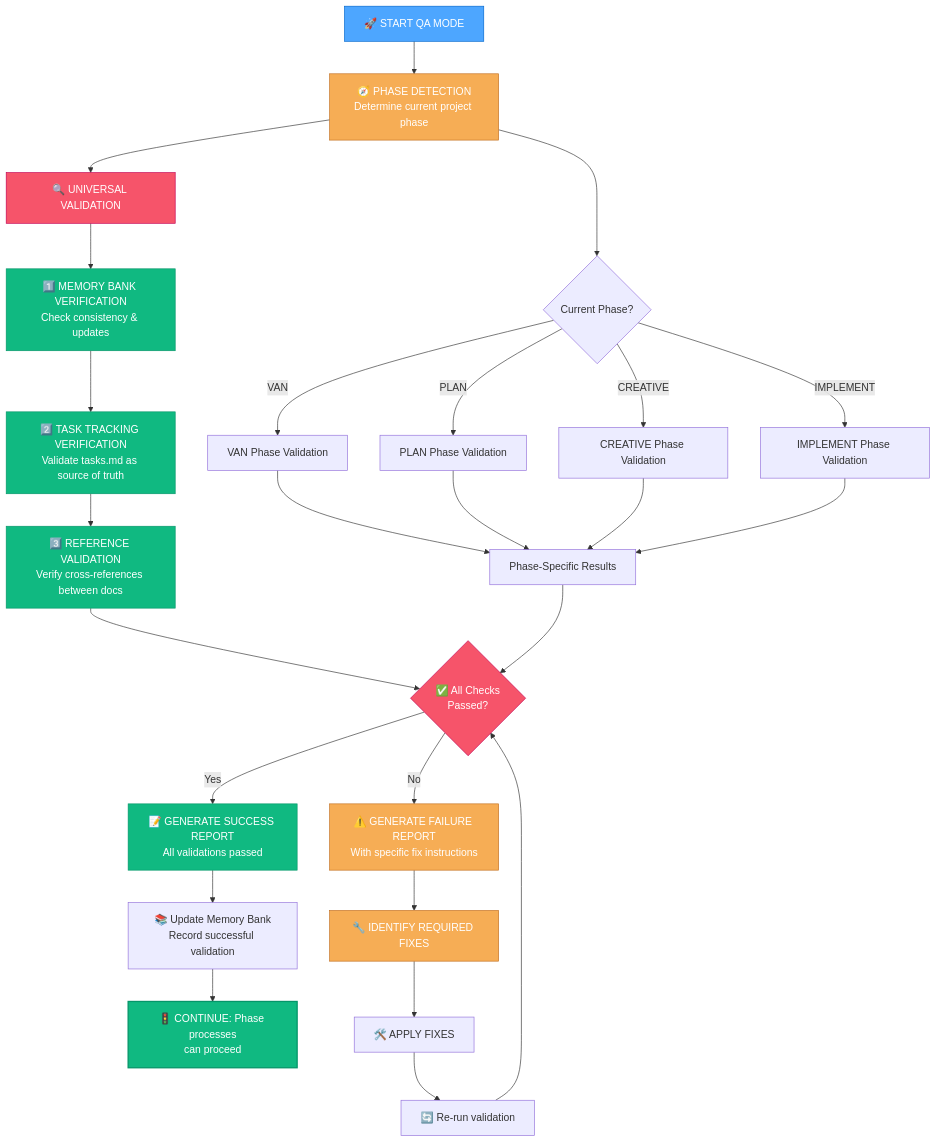
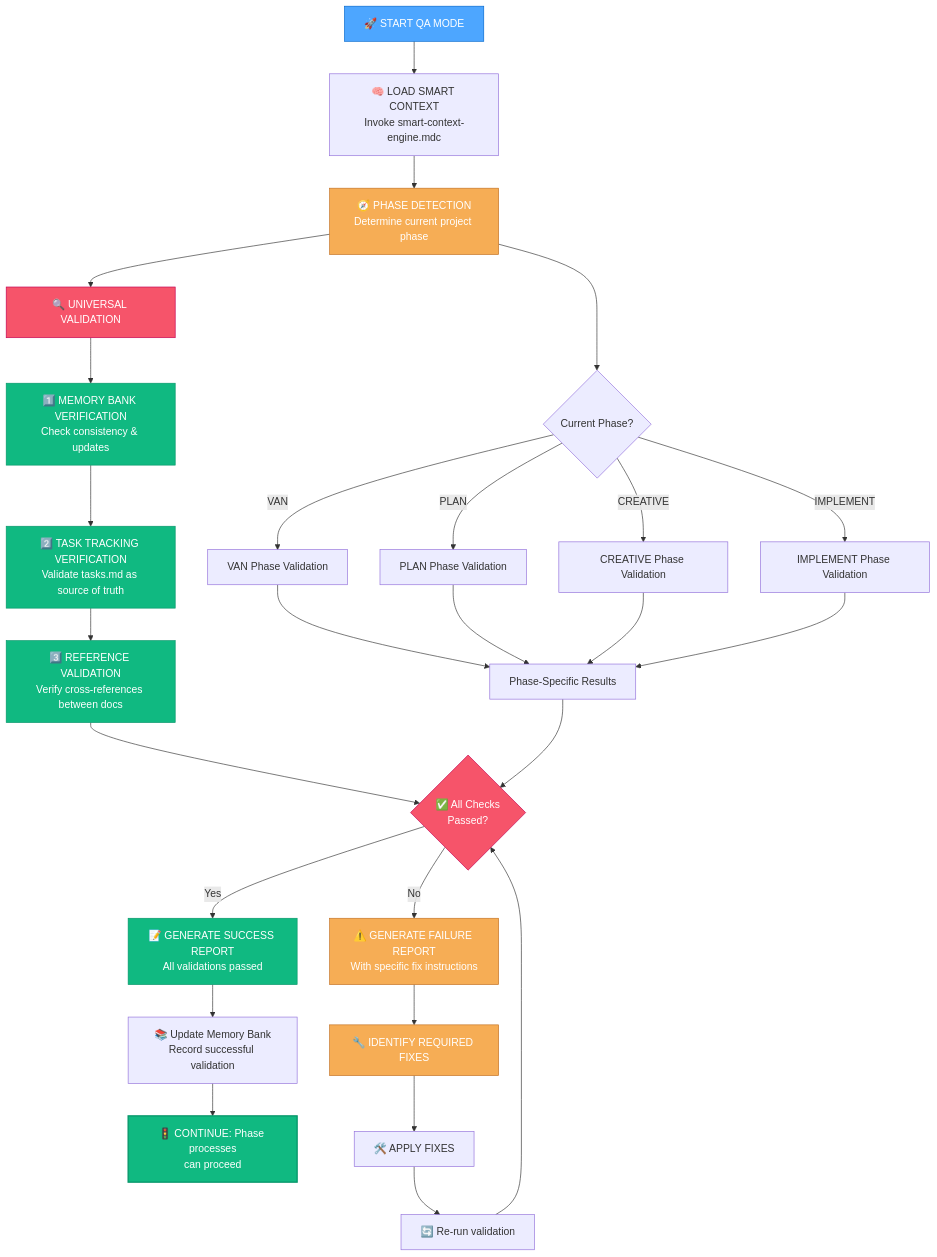
The first of 10 diagrams in .cursor/rules/isolation_rules/visual-maps/qa-mode-map.mdc (joshmac007/fbo-launchpad-backend), drawn with Mermaid before and after one commit. The commit also changed 986 other files, not shown here.

````diff
--- a/.cursor/rules/isolation_rules/visual-maps/qa-mode-map.mdc
+++ b/.cursor/rules/isolation_rules/visual-maps/qa-mode-map.mdc
@@ -12,48 +12,49 @@
 ```mermaid
 graph TD
-    Start["🚀 START QA MODE"] --> DetectPhase["🧭 PHASE DETECTION<br>Determine current project phase"]
+    Start["🚀 START QA MODE"] --> SmartContextLoad["🧠 LOAD SMART CONTEXT<br>Invoke smart-context-engine.mdc"]
+    SmartContextLoad --> DetectPhase["🧭 PHASE DETECTION<br>Determine current project phase"]
     
     %% Phase detection decision path
     DetectPhase --> PhaseDetermination{"Current Phase?"}
     PhaseDetermination -->|"VAN"| VANChecks["VAN Phase Validation"]
     PhaseDetermination -->|"PLAN"| PLANChecks["PLAN Phase Validation"]
     PhaseDetermination -->|"CREATIVE"| CREATIVEChecks["CREATIVE Phase Validation"] 
     PhaseDetermination -->|"IMPLEMENT"| IMPLEMENTChecks["IMPLEMENT Phase Validation"]
     
     %% Universal checks that apply to all phases
     DetectPhase --> UniversalChecks["🔍 UNIVERSAL VALIDATION"]
     UniversalChecks --> MemoryBankCheck["1️⃣ MEMORY BANK VERIFICATION<br>Check consistency & updates"]
     MemoryBankCheck --> TaskTrackingCheck["2️⃣ TASK TRACKING VERIFICATION<br>Validate tasks.md as source of truth"]
     TaskTrackingCheck --> ReferenceCheck["3️⃣ REFERENCE VALIDATION<br>Verify cross-references between docs"]
     
     %% Phase-specific validations feed into comprehensive report
     VANChecks & PLANChecks & CREATIVEChecks & IMPLEMENTChecks --> PhaseSpecificResults["Phase-Specific Results"]
     ReferenceCheck & PhaseSpecificResults --> ValidationResults{"✅ All Checks<br>Passed?"}
     
     %% Results Processing
     ValidationResults -->|"Yes"| SuccessReport["📝 GENERATE SUCCESS REPORT<br>All validations passed"]
     ValidationResults -->|"No"| FailureReport["⚠️ GENERATE FAILURE REPORT<br>With specific fix instructions"]
     
     %% Success Path
     SuccessReport --> UpdateMB["📚 Update Memory Bank<br>Record successful validation"]
     UpdateMB --> ContinueProcess["🚦 CONTINUE: Phase processes<br>can proceed"]
     
     %% Failure Path
     FailureReport --> IdentifyFixes["🔧 IDENTIFY REQUIRED FIXES"]
     IdentifyFixes --> ApplyFixes["🛠️ APPLY FIXES"]
     ApplyFixes --> Revalidate["🔄 Re-run validation"]
     Revalidate --> ValidationResults
     
     %% Style nodes for clarity
     style Start fill:#4da6ff,stroke:#0066cc,color:white
     style DetectPhase fill:#f6ad55,stroke:#c27022,color:white
     style UniversalChecks fill:#f6546a,stroke:#c30052,color:white
     style MemoryBankCheck fill:#10b981,stroke:#059669,color:white
     style TaskTrackingCheck fill:#10b981,stroke:#059669,color:white
     style ReferenceCheck fill:#10b981,stroke:#059669,color:white
     style ValidationResults fill:#f6546a,stroke:#c30052,color:white
     style SuccessReport fill:#10b981,stroke:#059669,color:white
     style FailureReport fill:#f6ad55,stroke:#c27022,color:white
     style ContinueProcess fill:#10b981,stroke:#059669,color:white,stroke-width:2px
     style IdentifyFixes fill:#f6ad55,stroke:#c27022,color:white
 ```
````
